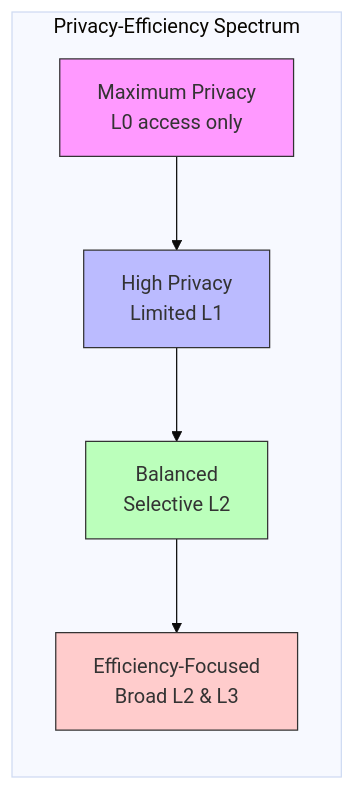
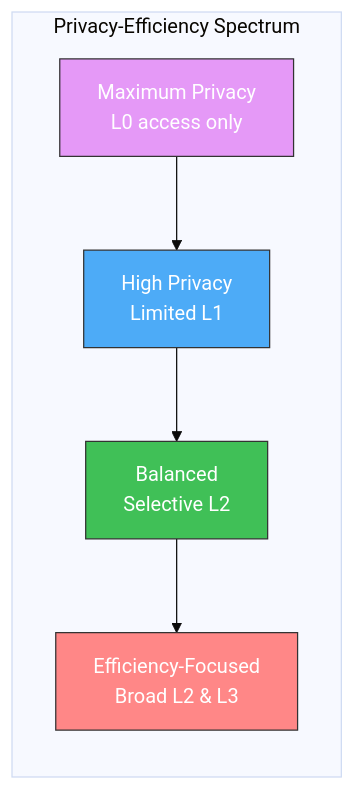
The fifth of 7 diagrams in notes/privacy.md (dialog-db/dialog-db), drawn with Mermaid (base theme) before and after one commit. The commit also changed other lines of this file, not shown here.

````diff
--- a/notes/privacy.md
+++ b/notes/privacy.md
@@ -175,13 +175,13 @@
 ```mermaid
 flowchart LR
     subgraph "Privacy-Efficiency Spectrum"
         direction TB
         P1["Maximum Privacy<br/>L0 access only"] --> P2["High Privacy<br/>Limited L1"] 
         P2 --> P3["Balanced<br/>Selective L2"] --> P4["Efficiency-Focused<br/>Broad L2 & L3"]
     end
     
-    style P1 fill:#f9f,stroke:#333,stroke-width:1px
-    style P2 fill:#bbf,stroke:#333,stroke-width:1px
-    style P3 fill:#bfb,stroke:#333,stroke-width:1px
-    style P4 fill:#fcc,stroke:#333,stroke-width:1px
+    style P1 fill:#E599F7,stroke:#333,stroke-width:1px,color:#FFFFFF
+    style P2 fill:#4DABF7,stroke:#333,stroke-width:1px,color:#FFFFFF
+    style P3 fill:#40C057,stroke:#333,stroke-width:1px,color:#FFFFFF
+    style P4 fill:#FF8787,stroke:#333,stroke-width:1px,color:#FFFFFF
 ```
````
